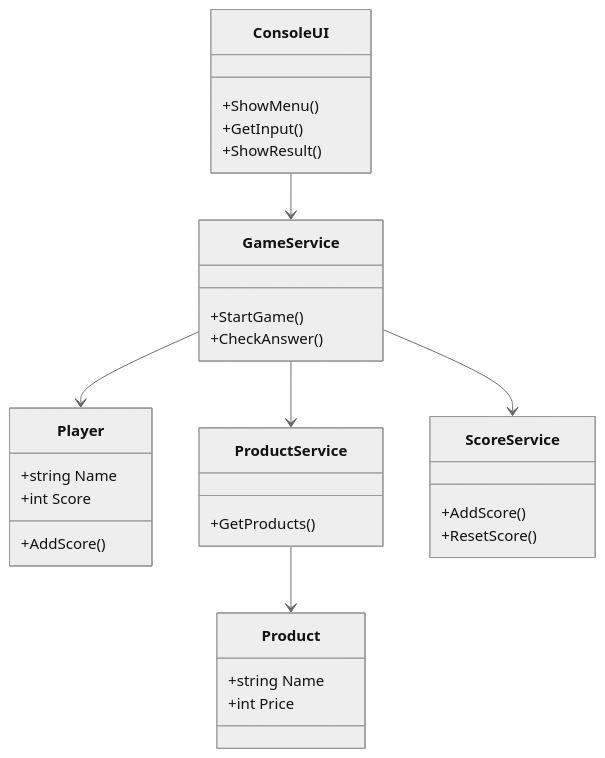
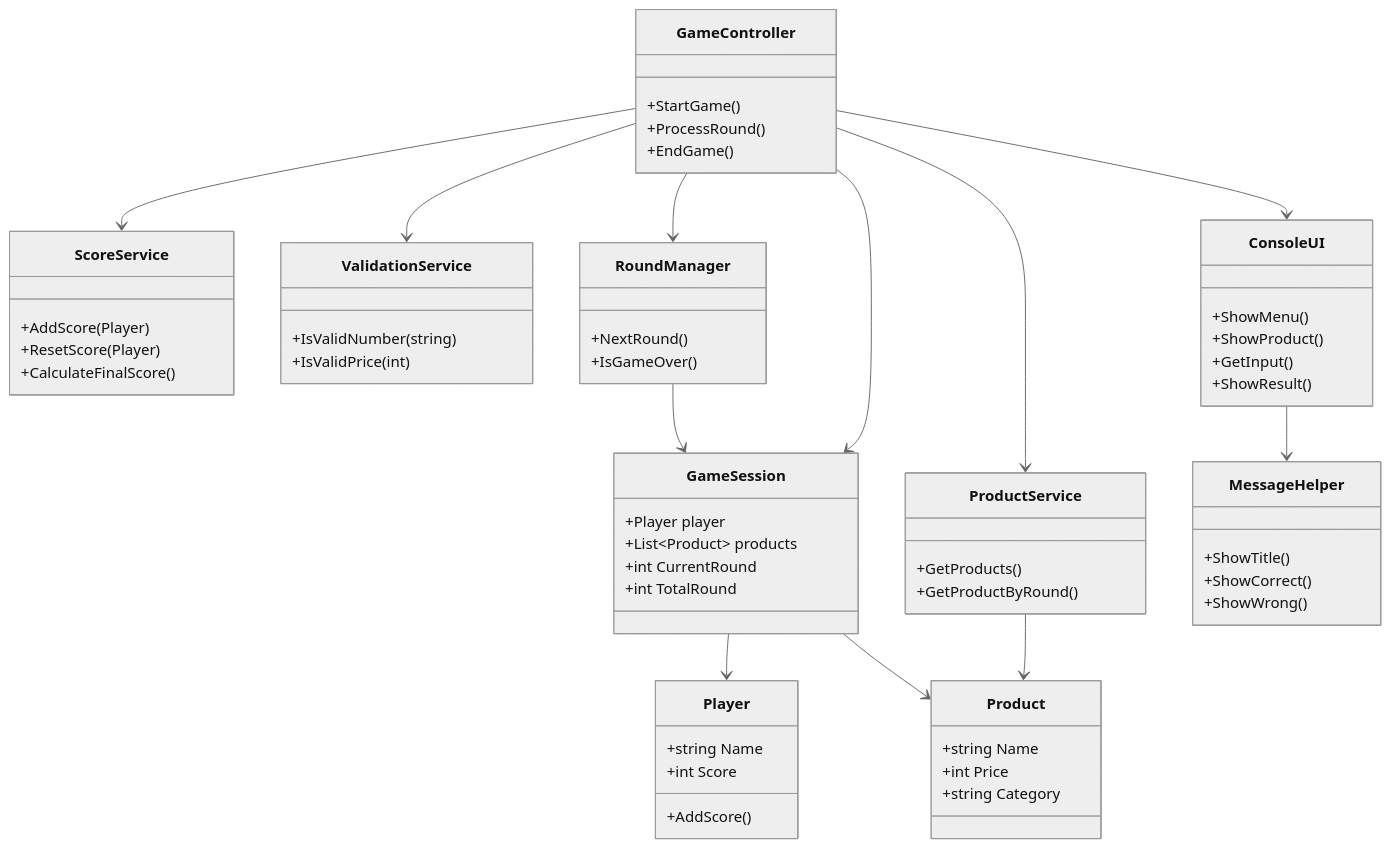
The diagram in README.md (trangiabao18052006-afk/Nhom12_OPP_Xay-dung-gameshow-Hay-chon-gia-dung-), drawn with Mermaid (neutral theme) before and after one commit. The commit also changed other lines of this file, not shown here.

````diff
--- a/README.md
+++ b/README.md
@@ -24,40 +24,82 @@
 ```mermaid
 classDiagram
 
+%% ================= MODEL =================
 class Product {
   +string Name
   +int Price
+  +string Category
 }
 
 class Player {
   +string Name
   +int Score
   +AddScore()
 }
 
+class GameSession {
+  +Player player
+  +List~Product~ products
+  +int CurrentRound
+  +int TotalRound
+}
+
+%% ================= SERVICE =================
 class ProductService {
   +GetProducts()
+  +GetProductByRound()
 }
 
 class ScoreService {
-  +AddScore()
-  +ResetScore()
+  +AddScore(Player)
+  +ResetScore(Player)
+  +CalculateFinalScore()
 }
 
-class GameService {
-  +StartGame()
-  +CheckAnswer()
+class ValidationService {
+  +IsValidNumber(string)
+  +IsValidPrice(int)
 }
 
+%% ================= CONTROLLER =================
+class GameController {
+  +StartGame()
+  +ProcessRound()
+  +EndGame()
+}
+
+class RoundManager {
+  +NextRound()
+  +IsGameOver()
+}
+
+%% ================= UI =================
 class ConsoleUI {
   +ShowMenu()
+  +ShowProduct()
   +GetInput()
   +ShowResult()
 }
 
-GameService --> ProductService
-GameService --> ScoreService
-GameService --> Player
+class MessageHelper {
+  +ShowTitle()
+  +ShowCorrect()
+  +ShowWrong()
+}
+
+%% ================= RELATIONSHIPS =================
+
+GameController --> GameSession
+GameController --> ProductService
+GameController --> ScoreService
+GameController --> ValidationService
+GameController --> RoundManager
+GameController --> ConsoleUI
+
 ProductService --> Product
-ConsoleUI --> GameService
+GameSession --> Player
+GameSession --> Product
+
+ConsoleUI --> MessageHelper
+RoundManager --> GameSession
 ```
````
